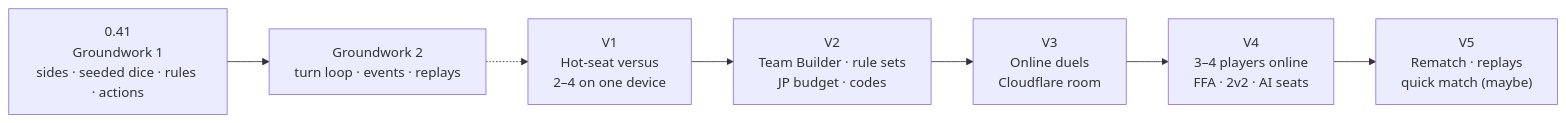
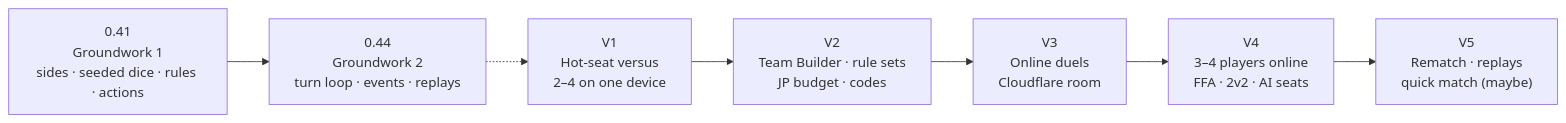
One commit to CptNope/Chess-RPG-Tactics changed the third of 3 diagrams in docs/ONLINE_VERSUS.md. Above: the diagram before and after it, drawn with Mermaid. The commit also changed other lines of this file and 14 other files, not shown here.

First line of the commit message:
0.44.0: battle-engine groundwork, part 2 (the turn loop)

````diff
--- a/docs/ONLINE_VERSUS.md
+++ b/docs/ONLINE_VERSUS.md
@@ -221,9 +223,9 @@
 ```mermaid
 flowchart LR
-    G1["0.41<br/>Groundwork 1<br/>sides · seeded dice · rules · actions"] --> G2["Groundwork 2<br/>turn loop · events · replays"]
+    G1["0.41<br/>Groundwork 1<br/>sides · seeded dice · rules · actions"] --> G2["0.44<br/>Groundwork 2<br/>turn loop · events · replays"]
     G2 -.-> V1["V1<br/>Hot-seat versus<br/>2–4 on one device"]
     V1 --> V2["V2<br/>Team Builder · rule sets<br/>JP budget · codes"]
     V2 --> V3["V3<br/>Online duels<br/>Cloudflare room"]
     V3 --> V4["V4<br/>3–4 players online<br/>FFA · 2v2 · AI seats"]
     V4 --> V5["V5<br/>Rematch · replays<br/>quick match (maybe)"]
 ```
````
